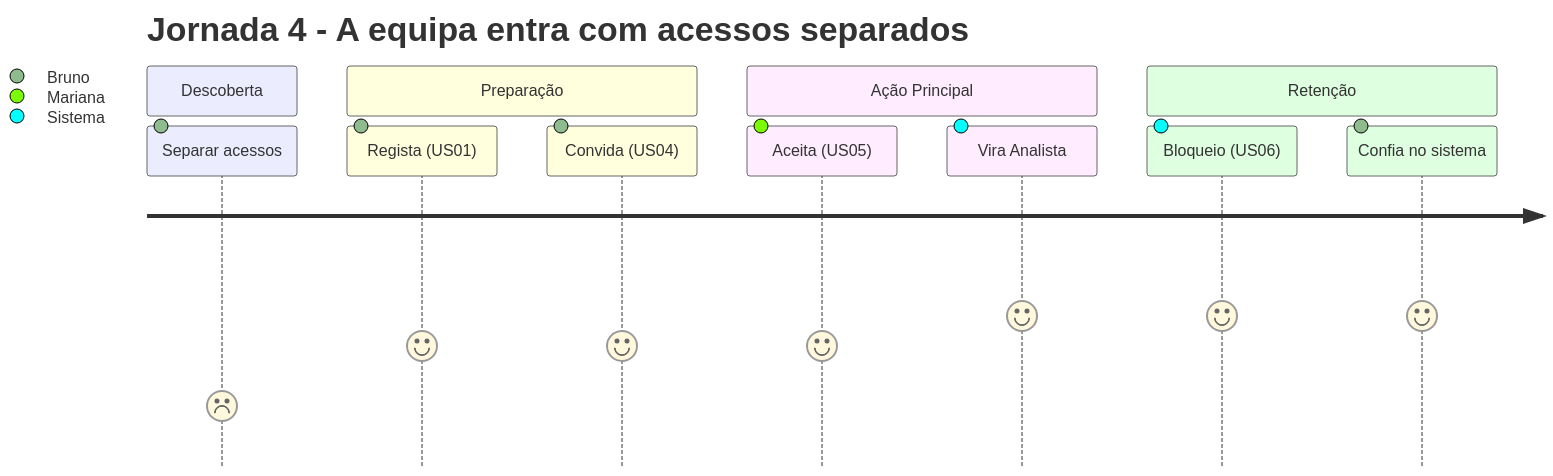
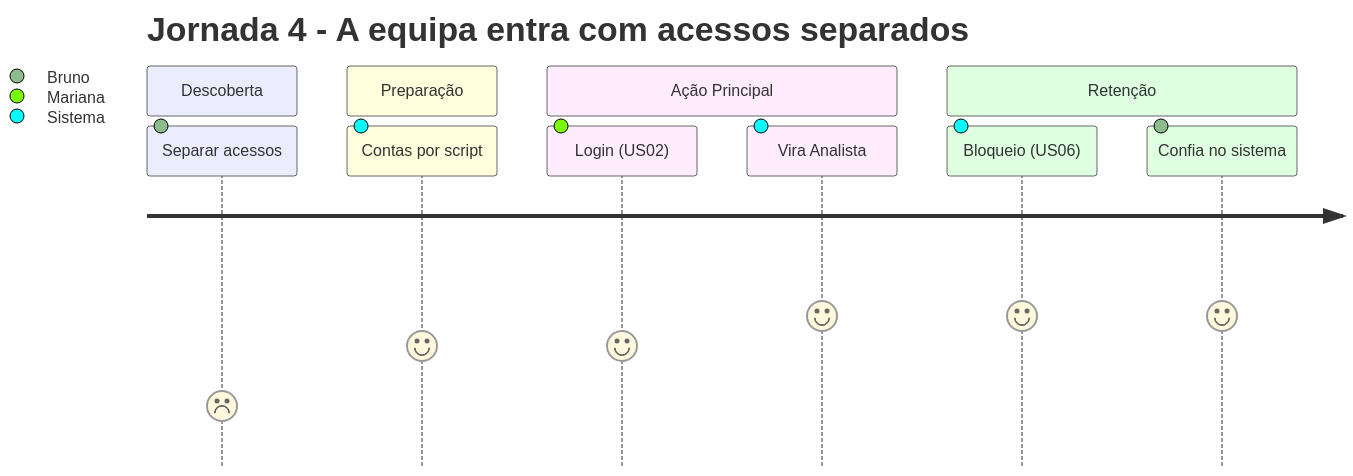
The fourth of 5 diagrams in docs/requirements/produto/jornadas.md (LicitaRad4r/documentation), drawn with Mermaid before and after one commit. The commit also changed other lines of this file and 1 other file, not shown here.

````diff
--- a/docs/requirements/produto/jornadas.md
+++ b/docs/requirements/produto/jornadas.md
@@ -105,15 +125,14 @@
 ```mermaid
 journey
     title Jornada 4 - A equipa entra com acessos separados
     section Descoberta
       Separar acessos: 2: Bruno
     section Preparação
-      Regista (US01): 4: Bruno
-      Convida (US04): 4: Bruno
+      Contas por script: 4: Sistema
     section Ação Principal
-      Aceita (US05): 4: Mariana
+      Login (US02): 4: Mariana
       Vira Analista: 5: Sistema
     section Retenção
       Bloqueio (US06): 5: Sistema
       Confia no sistema: 5: Bruno
 ```
````
